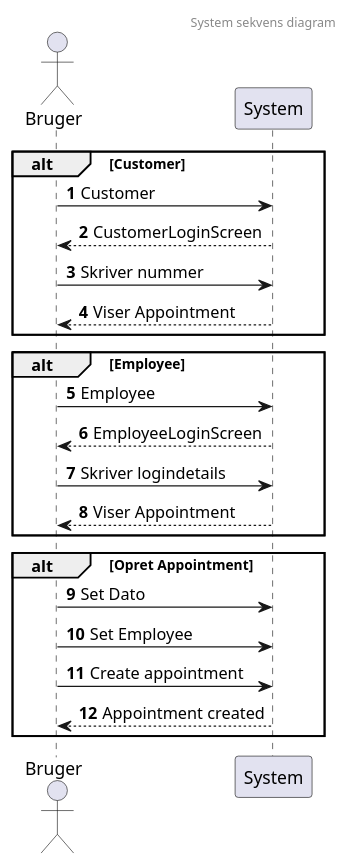
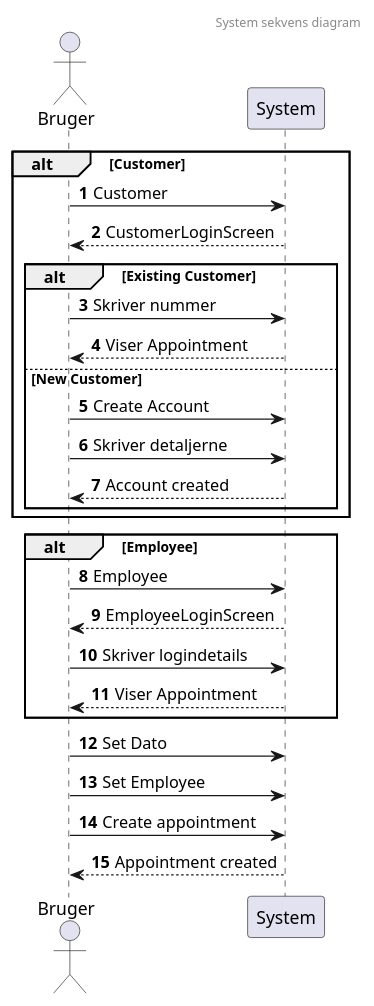
The diagram in src/main/resources/Diagrams/Sequence1.plantuml (Emilkroldrup/2semesterprojekt), drawn with PlantUML before and after one commit.

```diff
--- a/src/main/resources/Diagrams/Sequence1.plantuml
+++ b/src/main/resources/Diagrams/Sequence1.plantuml
@@ -1,38 +1,39 @@
 @startuml
 'https://plantuml.com/sequence-diagram
 
 autonumber
 
 header System sekvens diagram
 actor Bruger
 
 alt Customer
+
     Bruger -> System: Customer
     Bruger <-- System: CustomerLoginScreen
-    Bruger -> System: Skriver nummer
-    Bruger <-- System: Viser Appointment
+
+    alt Existing Customer
+        Bruger -> System: Skriver nummer
+        Bruger <-- System: Viser Appointment
+    else New Customer
+        Bruger -> System: Create Account
+        Bruger -> System: Skriver detaljerne
+        Bruger <-- System: Account created
+
     end
 
+end
 
-    alt Employee
-          Bruger -> System: Employee
-        Bruger <-- System: EmployeeLoginScreen
-        Bruger -> System: Skriver logindetails
-        Bruger <-- System: Viser Appointment
-        end
+alt Employee
+    Bruger -> System: Employee
+    Bruger <-- System: EmployeeLoginScreen
+    Bruger -> System: Skriver logindetails
+    Bruger <-- System: Viser Appointment
+end
 
 
-
-
-
-alt Opret Appointment
-    Bruger -> System: Set Dato
-    Bruger -> System: Set Employee
-    Bruger -> System: Create appointment
-    Bruger <-- System: Appointment created
-    end
-
-
-
+Bruger -> System: Set Dato
+Bruger -> System: Set Employee
+Bruger -> System: Create appointment
+Bruger <-- System: Appointment created
 
 @enduml
```
